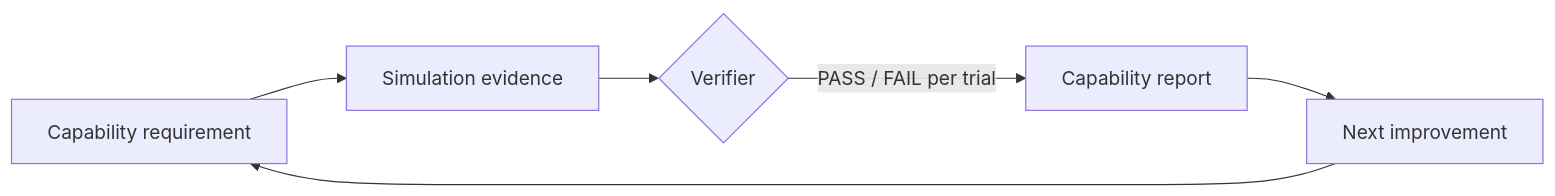
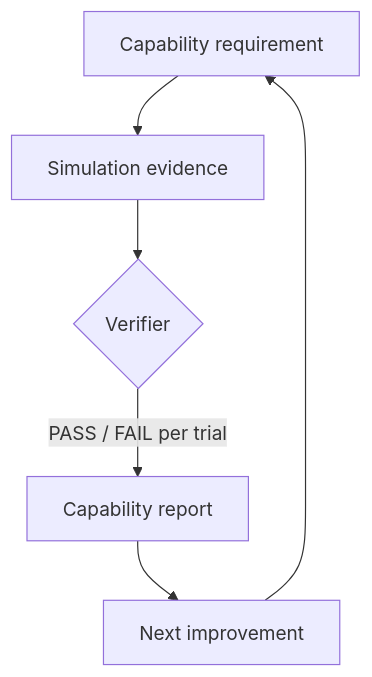
Before and after one commit to Living-Proof-Labs/.github: the diagram in docs/contribute.md, drawn with Mermaid. The commit also changed other lines of this file and 1 other file, not shown here.

First line of the commit message:
feat: keep Mermaid labels readable on phones

````diff
--- a/docs/contribute.md
+++ b/docs/contribute.md
@@ -50,8 +50,8 @@
 ```mermaid
-flowchart LR
+flowchart TD
   requirement[Capability requirement] --> evidence[Simulation evidence]
   evidence --> verifier{Verifier}
   verifier -->|PASS / FAIL per trial| report[Capability report]
   report --> next[Next improvement]
   next --> requirement
 ```
````
